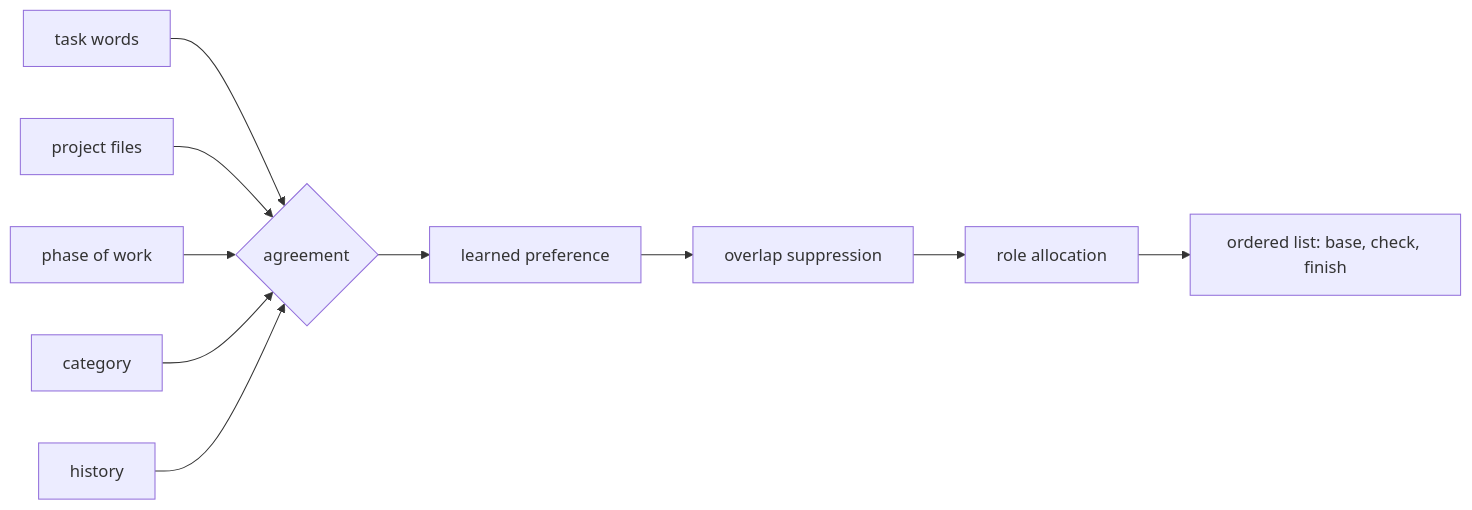
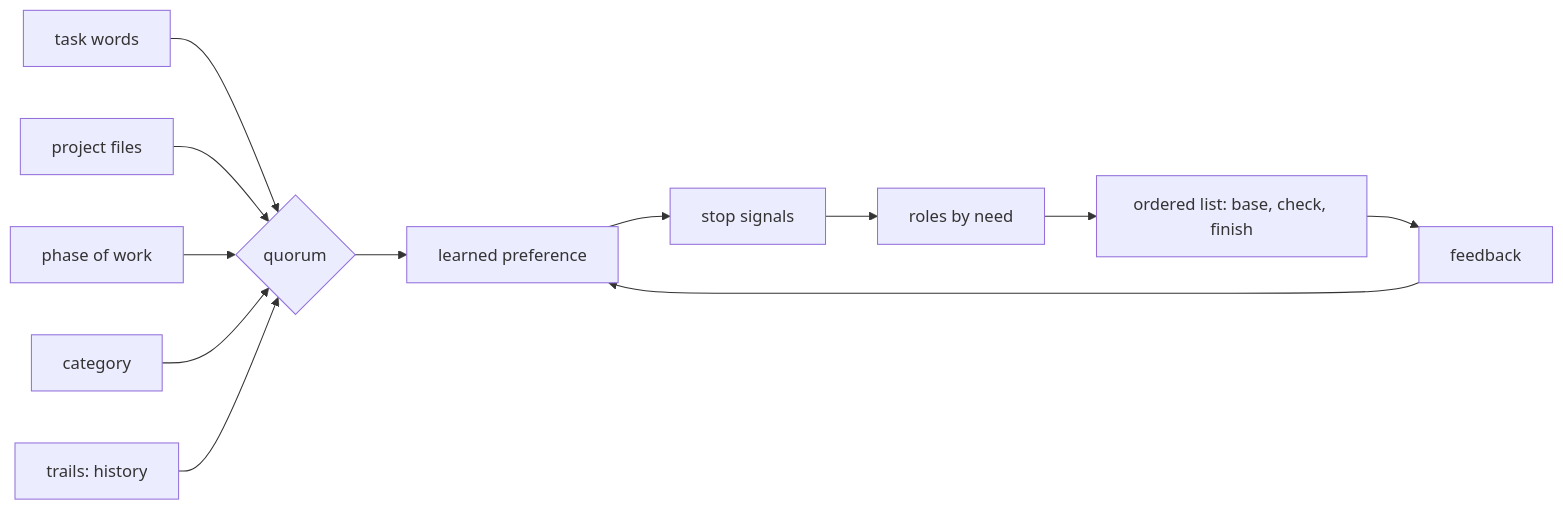
Before and after one commit to siddu1004/SFP: the second of 2 diagrams in README.md, drawn with Mermaid. The commit also changed other lines of this file and 52 other files, not shown here.

````diff
--- a/README.md
+++ b/README.md
@@ -278,12 +281,14 @@
 ```mermaid
 flowchart LR
-  T[task words] --> A{agreement}
-  P[project files] --> A
-  J[phase of work] --> A
-  C[category] --> A
-  H[history] --> A
-  A --> L[learned preference]
-  L --> O[overlap suppression]
-  O --> R[role allocation]
+  T[task words] --> Q{quorum}
+  P[project files] --> Q
+  J[phase of work] --> Q
+  C[category] --> Q
+  H[trails: history] --> Q
+  Q --> L[learned preference]
+  L --> S[stop signals]
+  S --> R[roles by need]
   R --> K[ordered list: base, check, finish]
+  K --> F[feedback]
+  F --> L
 ```
````
